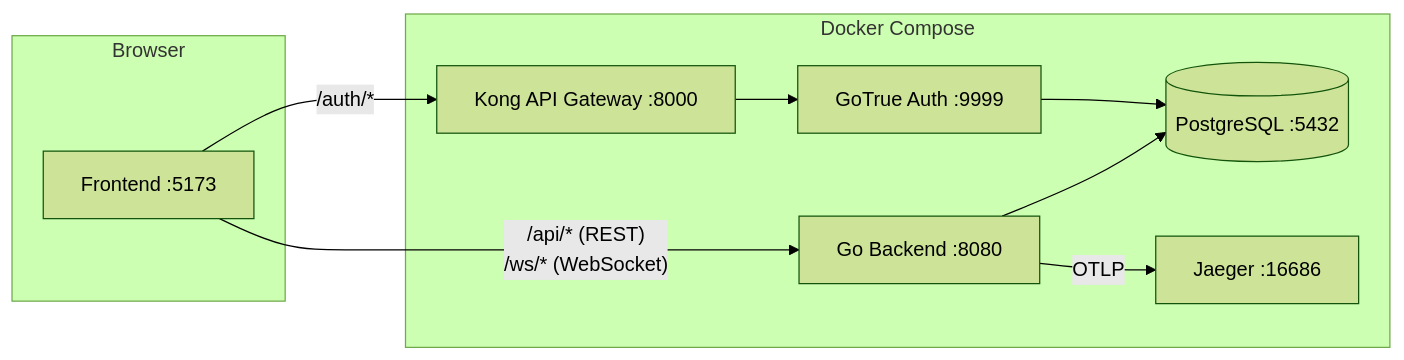
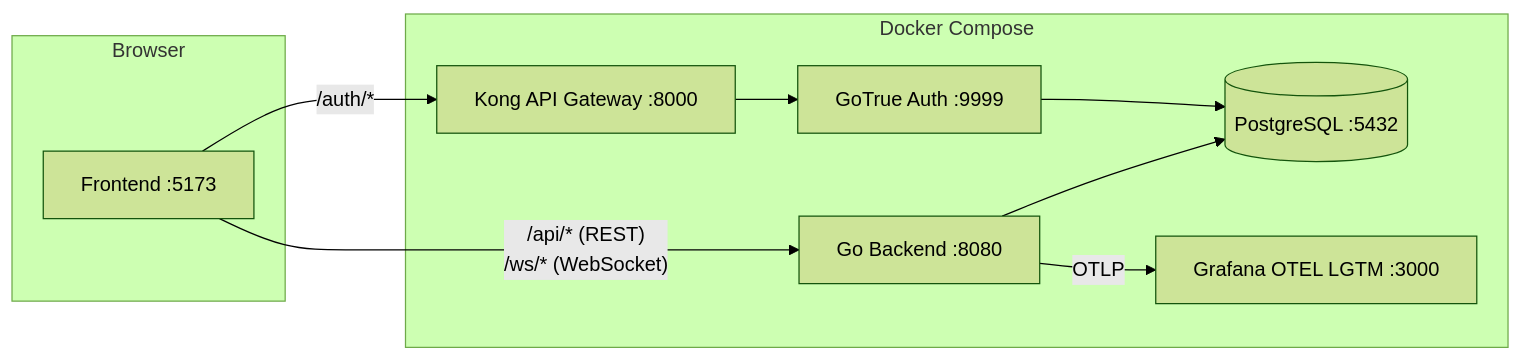
One commit to go-risk-it/go-risk-it changed the first of 6 diagrams in docs/architecture.md. Above: the diagram before and after it, drawn with Mermaid (forest theme). The commit also changed other lines of this file and 1 other file, not shown here.

First line of the commit message:
fix(docs): update stale references in README and architecture docs

````diff
--- a/docs/architecture.md
+++ b/docs/architecture.md
@@ -7,21 +7,21 @@
 ```mermaid
 graph LR
     subgraph Browser
         FE[Frontend :5173]
     end
 
     subgraph Docker Compose
         BE[Go Backend :8080]
         Kong[Kong API Gateway :8000]
         GoTrue[GoTrue Auth :9999]
         PG[(PostgreSQL :5432)]
-        Jaeger[Jaeger :16686]
+        LGTM[Grafana OTEL LGTM :3000]
     end
 
     FE -- "/api/* (REST)\n/ws/* (WebSocket)" --> BE
     FE -- "/auth/*" --> Kong
     Kong --> GoTrue
     GoTrue --> PG
     BE --> PG
-    BE -- "OTLP" --> Jaeger
+    BE -- "OTLP" --> LGTM
 ```
````
